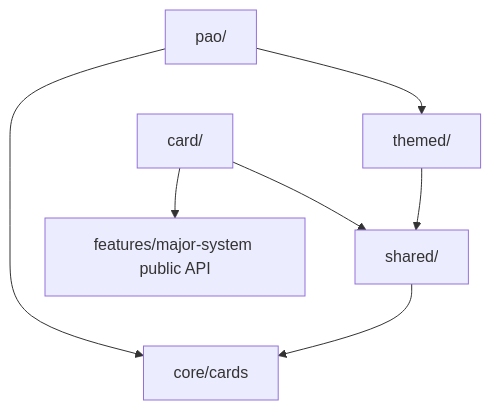
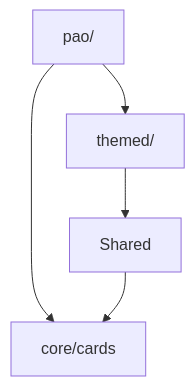
Before and after one commit to JolleNo10/major-system-app: the diagram in docs/architecture/features/CARDS.md, drawn with Mermaid. The commit also changed other lines of this file and 12 other files, not shown here.

````diff
--- a/docs/architecture/features/CARDS.md
+++ b/docs/architecture/features/CARDS.md
@@ -59,9 +54,7 @@
 ```mermaid
 flowchart TD
-    Major["card/"] --> Shared["shared/"]
-    Major --> MajorSystem["features/major-system public API"]
     Themed["themed/"] --> Shared
     PAO["pao/"] --> CardsCore["core/cards"]
     Shared --> CardsCore
     PAO --> Themed
 ```
````
